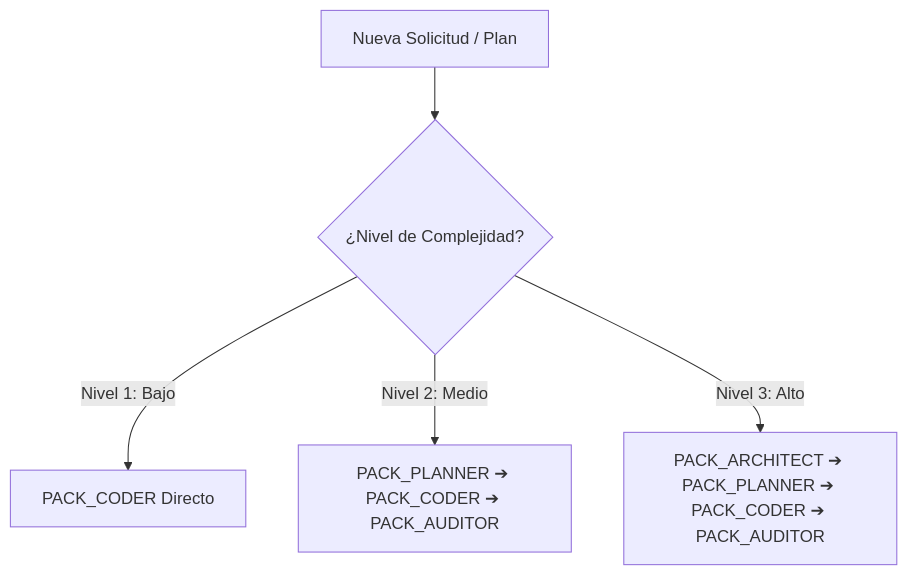
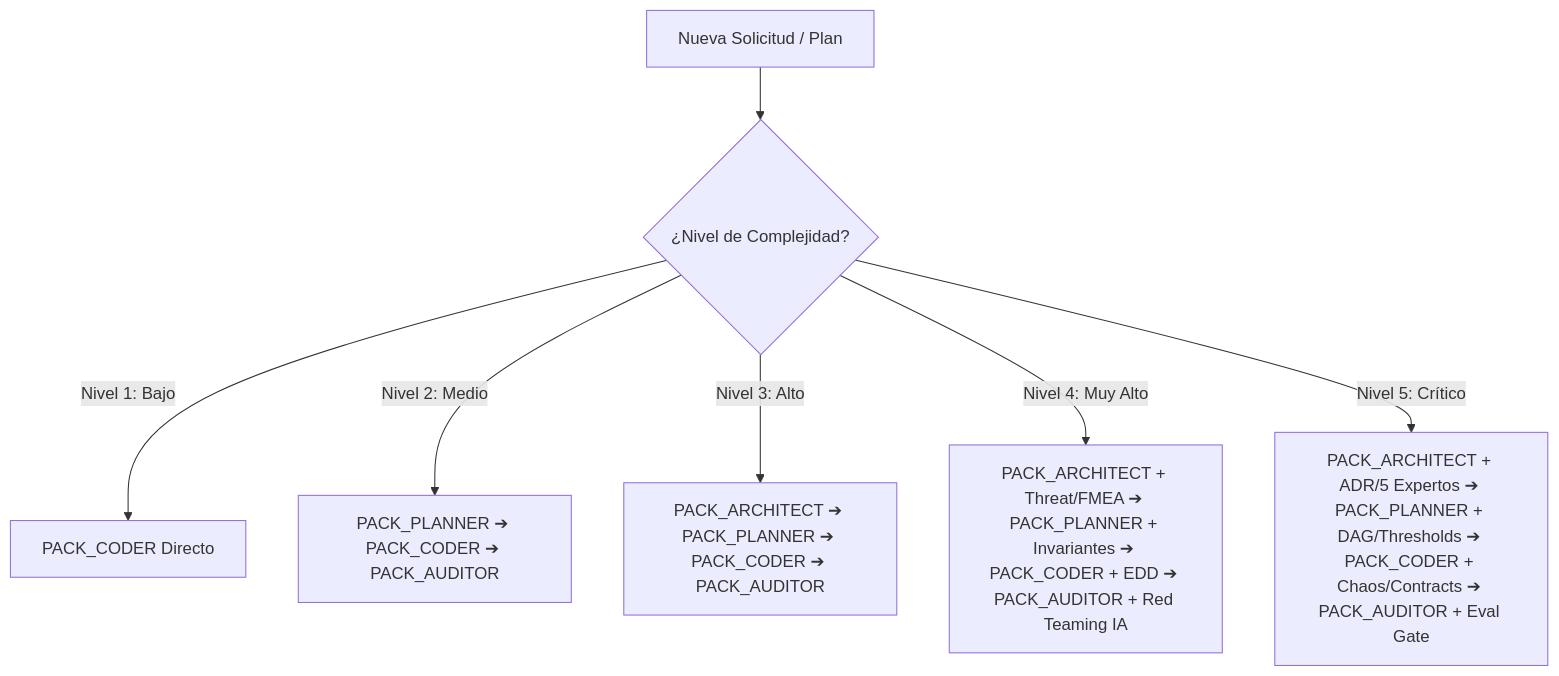
Before and after one commit to 4GeeksAcademy/ai-engineering-company-project-monorepo: the diagram in skills/code-refinement-suite/SKILL.md, drawn with Mermaid. The commit also changed other lines of this file and 13 other files, not shown here.

````diff
--- a/skills/code-refinement-suite/SKILL.md
+++ b/skills/code-refinement-suite/SKILL.md
@@ -16,7 +16,9 @@
 ```mermaid
 flowchart TD
     A[Nueva Solicitud / Plan] --> B{¿Nivel de Complejidad?}
     B -->|Nivel 1: Bajo| C[PACK_CODER Directo]
     B -->|Nivel 2: Medio| D[PACK_PLANNER ➔ PACK_CODER ➔ PACK_AUDITOR]
     B -->|Nivel 3: Alto| E[PACK_ARCHITECT ➔ PACK_PLANNER ➔ PACK_CODER ➔ PACK_AUDITOR]
+    B -->|Nivel 4: Muy Alto| F[PACK_ARCHITECT + Threat/FMEA ➔ PACK_PLANNER + Invariantes ➔ PACK_CODER + EDD ➔ PACK_AUDITOR + Red Teaming IA]
+    B -->|Nivel 5: Crítico| G[PACK_ARCHITECT + ADR/5 Expertos ➔ PACK_PLANNER + DAG/Thresholds ➔ PACK_CODER + Chaos/Contracts ➔ PACK_AUDITOR + Eval Gate]
 ```
````
